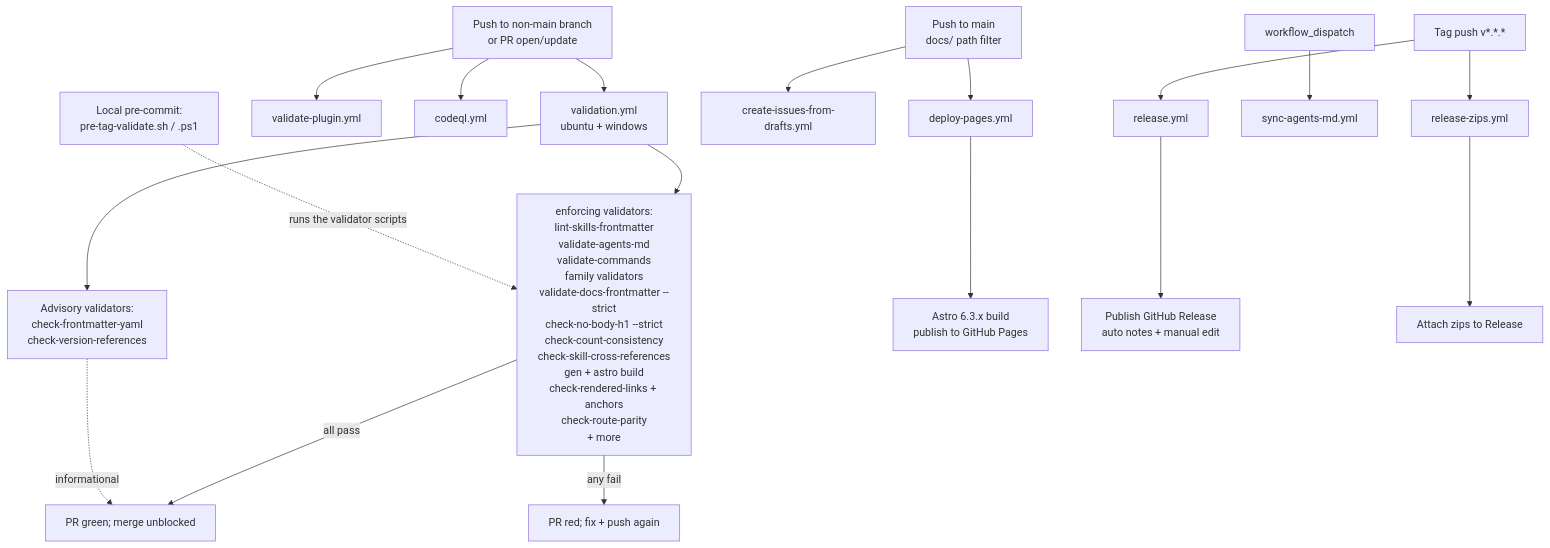
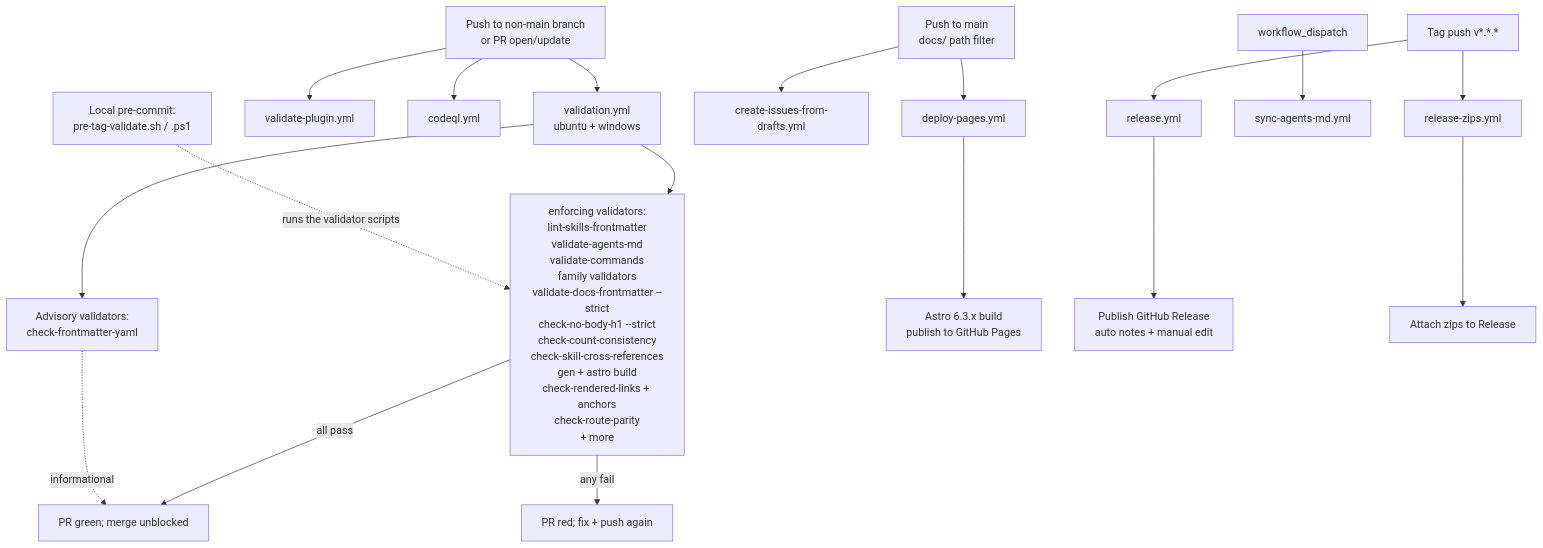
Before and after one commit to product-on-purpose/pm-skills: the diagram in site/src/content/docs/contributing/ci-overview.md, drawn with Mermaid. The commit also changed other lines of this file and 11 other files, not shown here.

First line of the commit message:
chore(validators): retire check-version-references

````diff
--- a/site/src/content/docs/contributing/ci-overview.md
+++ b/site/src/content/docs/contributing/ci-overview.md
@@ -23,27 +23,27 @@
 ```mermaid
 flowchart TD
     PushPR[Push to non-main branch<br/>or PR open/update] --> Validation[validation.yml<br/>ubuntu + windows]
     PushPR --> Plugin[validate-plugin.yml]
     PushPR --> CodeQL[codeql.yml]
 
     PushMain[Push to main<br/>docs/ path filter] --> Pages[deploy-pages.yml]
     PushMain --> Drafts[create-issues-from-drafts.yml]
 
     TagPush[Tag push v*.*.*] --> Release[release.yml]
     TagPush --> Zips[release-zips.yml]
 
     Manual[workflow_dispatch] --> SyncAgents[sync-agents-md.yml]
 
     Validation --> Enforcing[enforcing validators:<br/>lint-skills-frontmatter<br/>validate-agents-md<br/>validate-commands<br/>family validators<br/>validate-docs-frontmatter --strict<br/>check-no-body-h1 --strict<br/>check-count-consistency<br/>check-skill-cross-references<br/>gen + astro build<br/>check-rendered-links + anchors<br/>check-route-parity<br/>+ more]
-    Validation --> Advisory[Advisory validators:<br/>check-frontmatter-yaml<br/>check-version-references]
+    Validation --> Advisory[Advisory validators:<br/>check-frontmatter-yaml]
 
     Enforcing -->|all pass| Green[PR green; merge unblocked]
     Enforcing -->|any fail| Red[PR red; fix + push again]
     Advisory -.->|informational| Green
 
     Pages --> Site[Astro 6.3.x build<br/>publish to GitHub Pages]
     Release --> GH[Publish GitHub Release<br/>auto notes + manual edit]
     Zips --> Artifacts[Attach zips to Release]
 
     Local[Local pre-commit:<br/>pre-tag-validate.sh / .ps1] -.->|runs the validator scripts| Enforcing
 ```
````
